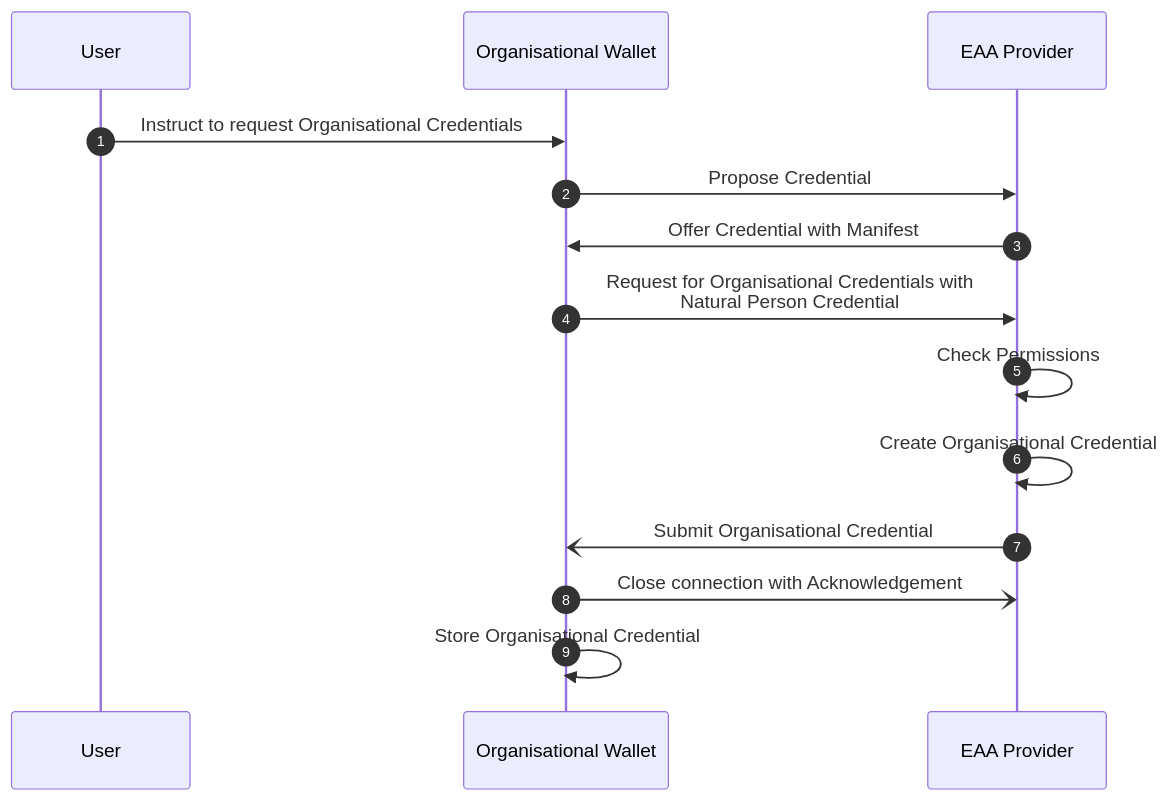
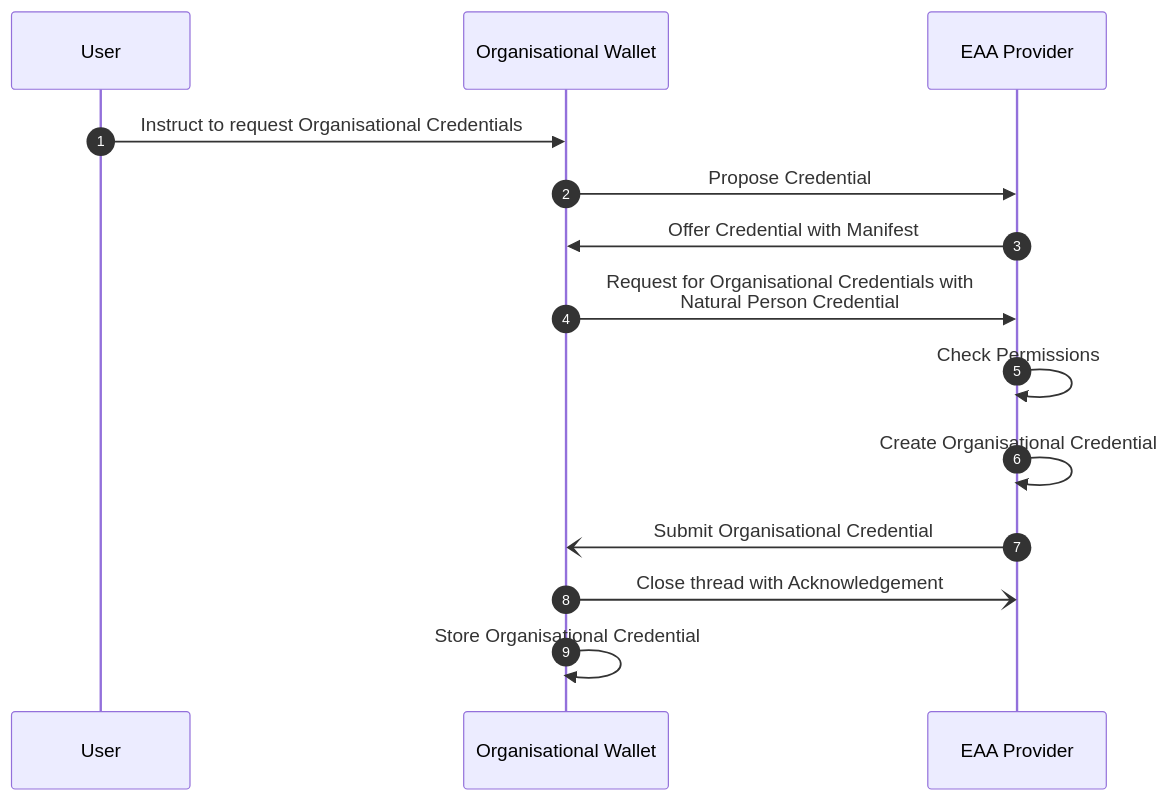
One commit to EWC-consortium/eudi-wallet-rfcs changed the second of 4 diagrams in ewc-rfc010-issue-and-present-organisational-credentials.md. Above: the diagram before and after it, drawn with Mermaid. The commit also changed other lines of this file, not shown here.

Commit message:
fix: close thread instead of connection

````diff
--- a/ewc-rfc010-issue-and-present-organisational-credentials.md
+++ b/ewc-rfc010-issue-and-present-organisational-credentials.md
@@ -511,18 +511,18 @@
 ```mermaid
 sequenceDiagram
   autonumber
 
   participant User as User
   participant OrgWallet as Organisational Wallet
   participant EAAP as EAA Provider
 
   User->>OrgWallet: Instruct to request Organisational Credentials
   OrgWallet->>EAAP: Propose Credential
   EAAP->>OrgWallet: Offer Credential with Manifest
   OrgWallet->>EAAP: Request for Organisational Credentials with<br>Natural Person Credential
   EAAP->>EAAP: Check Permissions
   EAAP->>EAAP: Create Organisational Credential
   EAAP-)OrgWallet: Submit Organisational Credential
-  OrgWallet-)EAAP: Close connection with Acknowledgement
+  OrgWallet-)EAAP: Close thread with Acknowledgement
   OrgWallet->>OrgWallet: Store Organisational Credential
 ```
````
